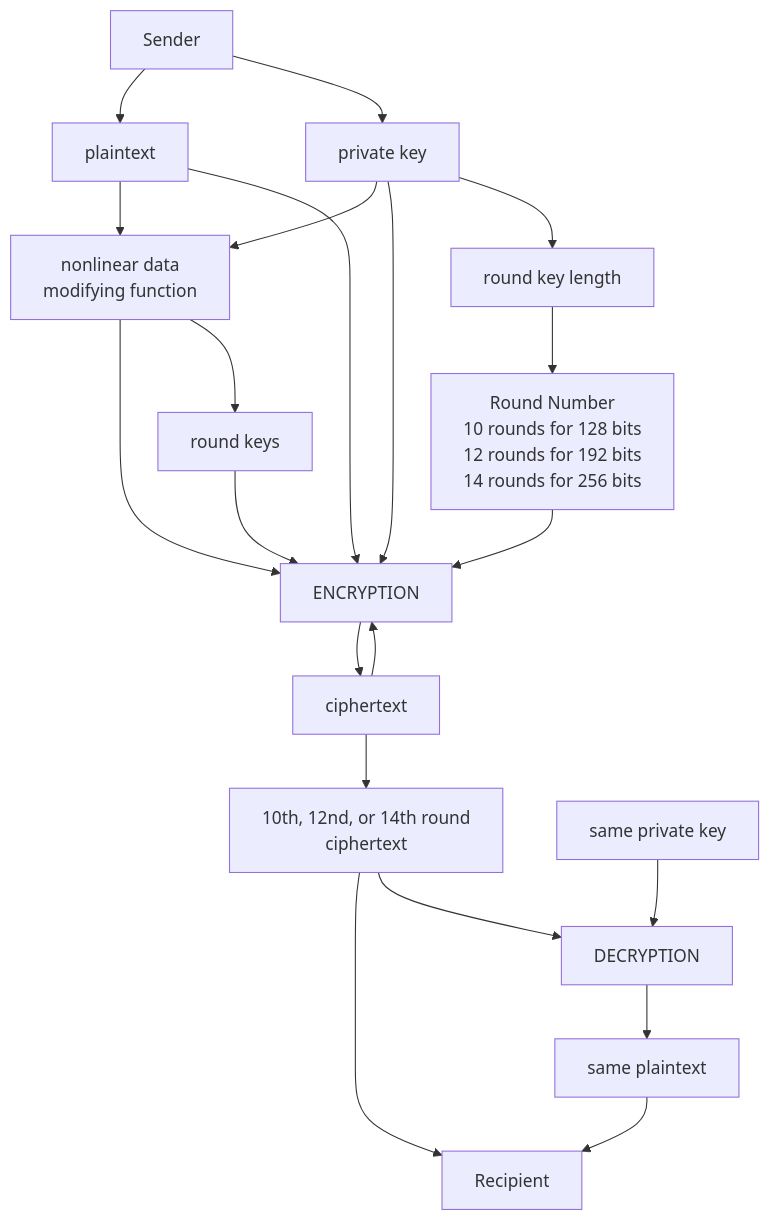
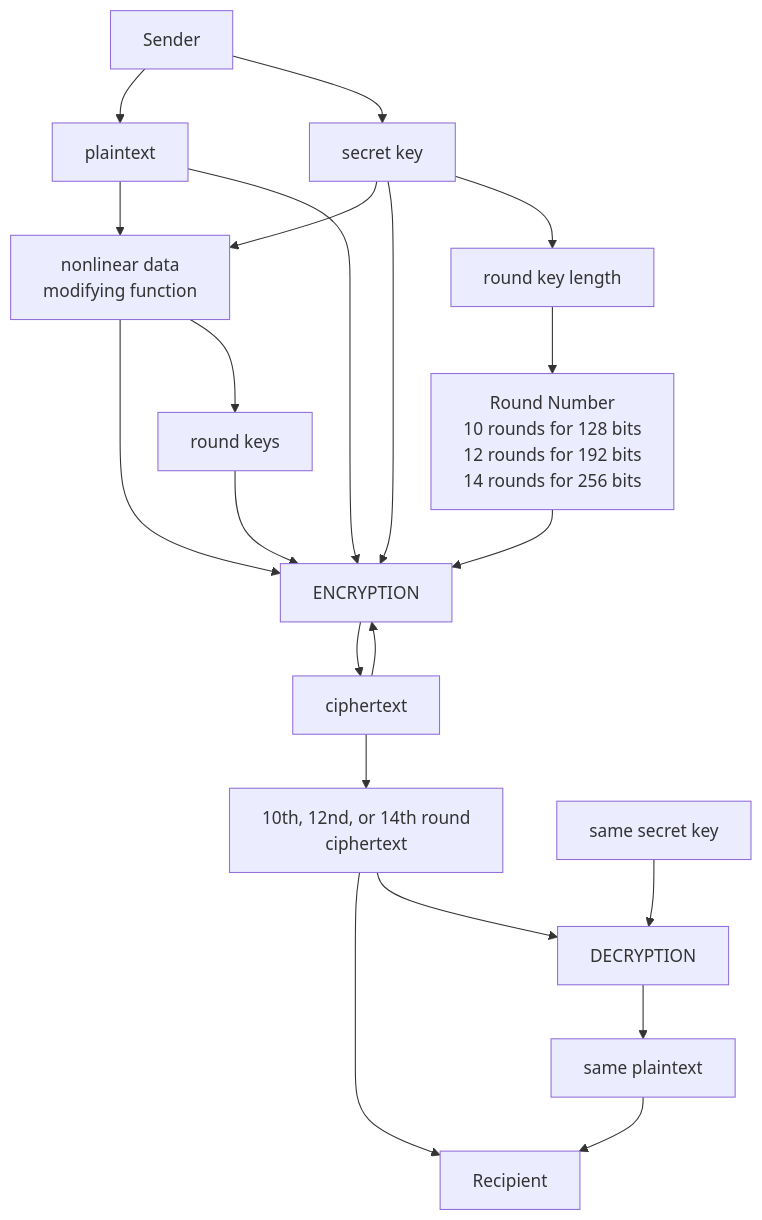
Before and after one commit to Kietpawpan/encryption: the diagram in README.md, drawn with Mermaid. The commit also changed other lines of this file, not shown here.

````diff
--- a/README.md
+++ b/README.md
@@ -5,15 +5,15 @@
 ```mermaid
 flowchart TD
     A[Sender] --> B[plaintext]-->FC
-    C[private key]-->FC-->D[ENCRYPTION]-->E[ciphertext]-->D
+    C[secret key]-->FC-->D[ENCRYPTION]-->E[ciphertext]-->D
     E-->FN[10th, 12nd, or 14th round\nciphertext]-->F[Recipient]
-    C2[same private key]-->G[DECRYPTION]-->I[same plaintext]-->F
+    C2[same secret key]-->G[DECRYPTION]-->I[same plaintext]-->F
      FN-->G
 A-->C-->D
 RK[round keys]-->D
 C-->RKL[round key length]-->RN[Round Number\n10 rounds for 128 bits\n12 rounds for 192 bits\n14 rounds for 256 bits]-->D
 FC[nonlinear data \nmodifying function]
 FC-->RK
 B-->D
 
 ```
````
